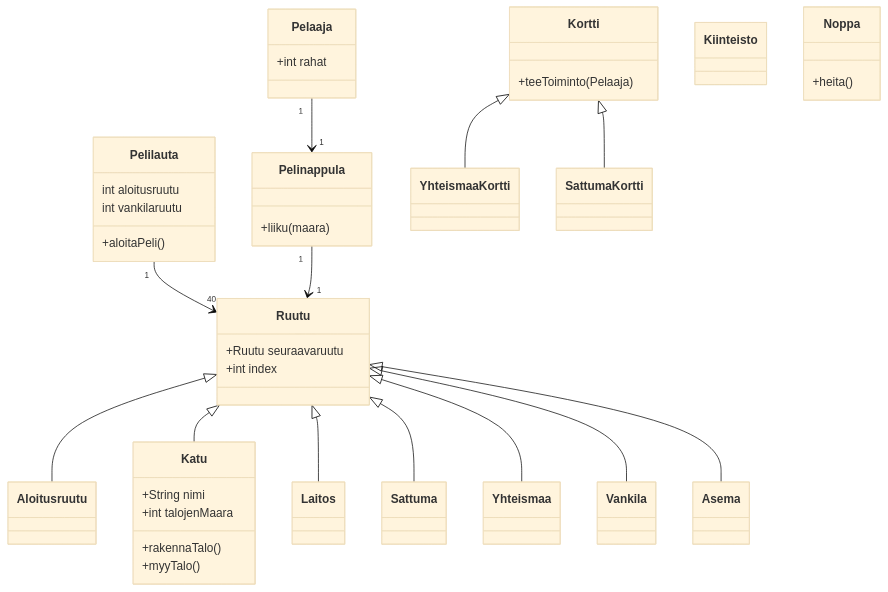
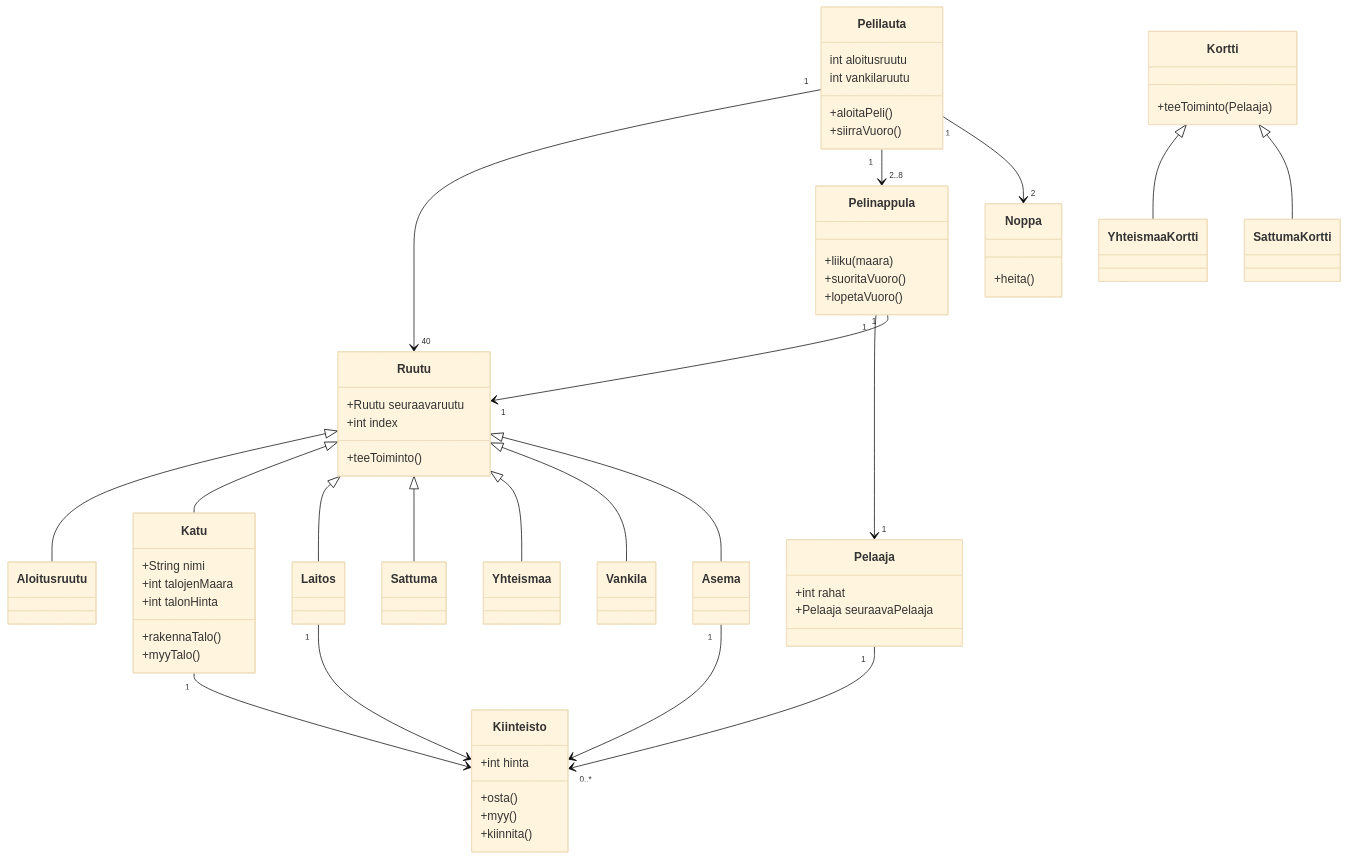
One commit to ankkalampi/ot-harjoitustyo changed the diagram in laskarit/viikko3/luokkakaavio.md. Above: the diagram before and after it, drawn with Mermaid (base theme).

Commit message:
final UML-kaavio

````diff
--- a/laskarit/viikko3/luokkakaavio.md
+++ b/laskarit/viikko3/luokkakaavio.md
@@ -1,10 +1,15 @@
 ```mermaid
-
 classDiagram
 
-Pelaaja "1" --> "1" Pelinappula 
+Pelinappula "1" --> "1" Pelaaja 
+Pelaaja "1" --> "0..*" Kiinteisto
+Katu "1" --> Kiinteisto
+Laitos "1" --> Kiinteisto
+Asema "1" --> Kiinteisto
 Pelilauta "1" --> "40" Ruutu
 Pelinappula "1" --> "1" Ruutu
+Pelilauta "1" --> "2..8" Pelinappula
+Pelilauta "1" --> "2" Noppa
 Ruutu <|-- Aloitusruutu
 Ruutu <|-- Katu
 Ruutu <|-- Laitos
@@ -15,15 +20,23 @@
 Kortti <|-- YhteismaaKortti
 Kortti <|-- SattumaKortti
 
- class Kiinteisto
+ class Kiinteisto{
+     +int hinta
 
+     +osta()
+     +myy()
+     +kiinnita()
+ }
+   
 
  class Noppa{
   +heita()
  }
 
  class Pelaaja{
+
   +int rahat
+  +Pelaaja seuraavaPelaaja
  
  }
 
@@ -32,16 +45,20 @@
   int vankilaruutu
 
   +aloitaPeli()
+  +siirraVuoro()
  }
 
  class Ruutu{
   +Ruutu seuraavaruutu
   +int index
+  +teeToiminto()
  }
 
  class Pelinappula{
 
   +liiku(maara)
+  +suoritaVuoro()
+  +lopetaVuoro()
  }
 
  class Aloitusruutu
@@ -67,8 +84,11 @@
  class Katu{
   +String nimi
   +int talojenMaara
+  +int talonHinta
 
+  
   +rakennaTalo()
   +myyTalo()
  }
-```
+
+ ```
````
